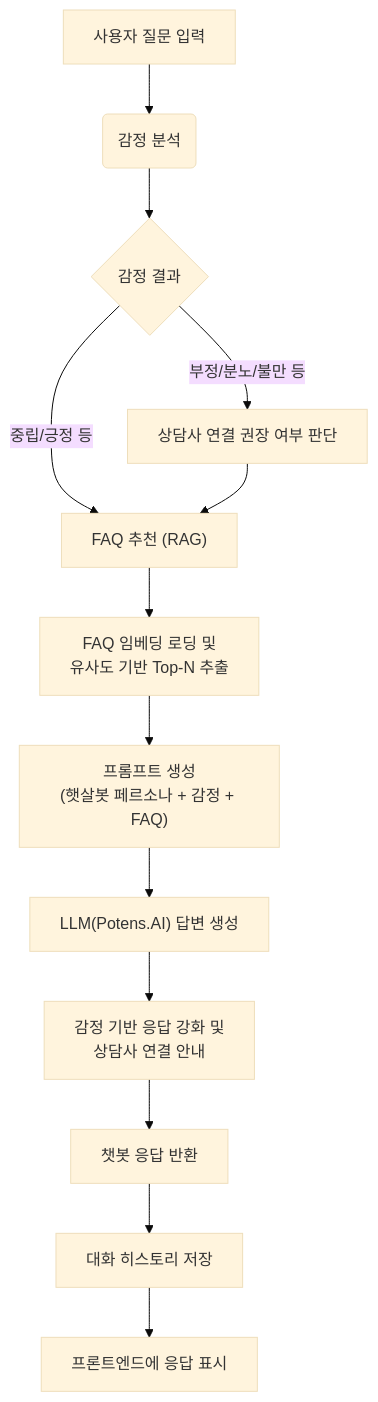
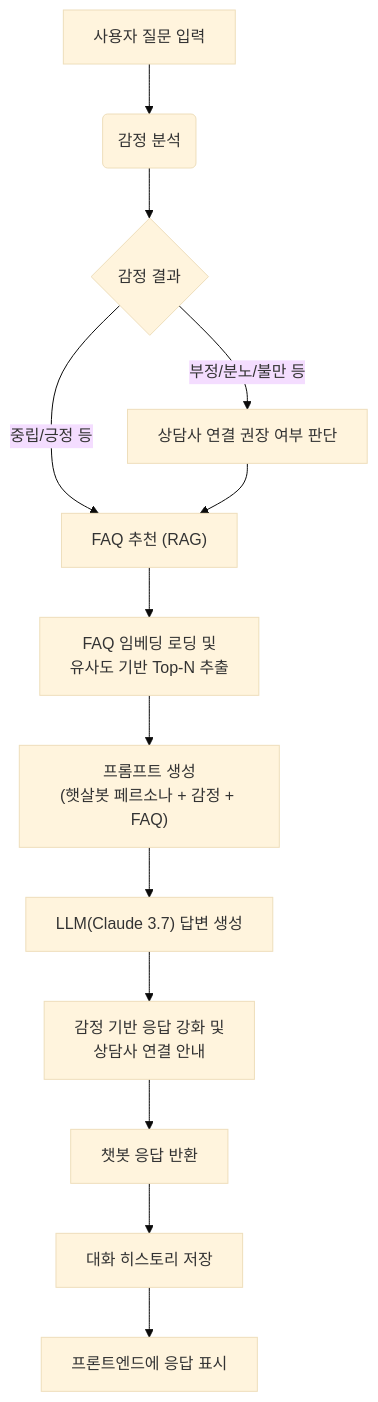
The diagram in README.md (tearslunar/chatbot), drawn with Mermaid (base theme) before and after one commit.

````diff
--- a/README.md
+++ b/README.md
@@ -5,30 +5,30 @@
 ```mermaid
 flowchart TD
     %% 1. 노드(상자)들을 각각 한 줄에 하나씩 정의합니다.
     A[사용자 질문 입력]
     B(감정 분석)
     C{감정 결과}
     D[상담사 연결 권장 여부 판단]
     E["FAQ 추천 (RAG)"]
     F[FAQ 임베딩 로딩 및<br>유사도 기반 Top-N 추출]
-    G["프롬프트 생성\n(햇살봇 페르소나 + 감정 + FAQ)"]
-    H["LLM(Potens.AI) 답변 생성"]
-    I[감정 기반 응답 강화 및\n상담사 연결 안내]
+    G["프롬프트 생성<br>(햇살봇 페르소나 + 감정 + FAQ)"]
+    H["LLM(Claude 3.7) 답변 생성"]
+    I[감정 기반 응답 강화 및<br>상담사 연결 안내]
     J[챗봇 응답 반환]
     K[대화 히스토리 저장]
     L[프론트엔드에 응답 표시]
 
     %% 2. 정의된 노드들을 화살표로 연결합니다.
     A --> B
     B --> C
     C -- "부정/분노/불만 등" --> D
     C -- "중립/긍정 등" --> E
     D --> E
     E --> F
     F --> G
     G --> H
     H --> I
     I --> J
     J --> K
     K --> L
 ```
````
